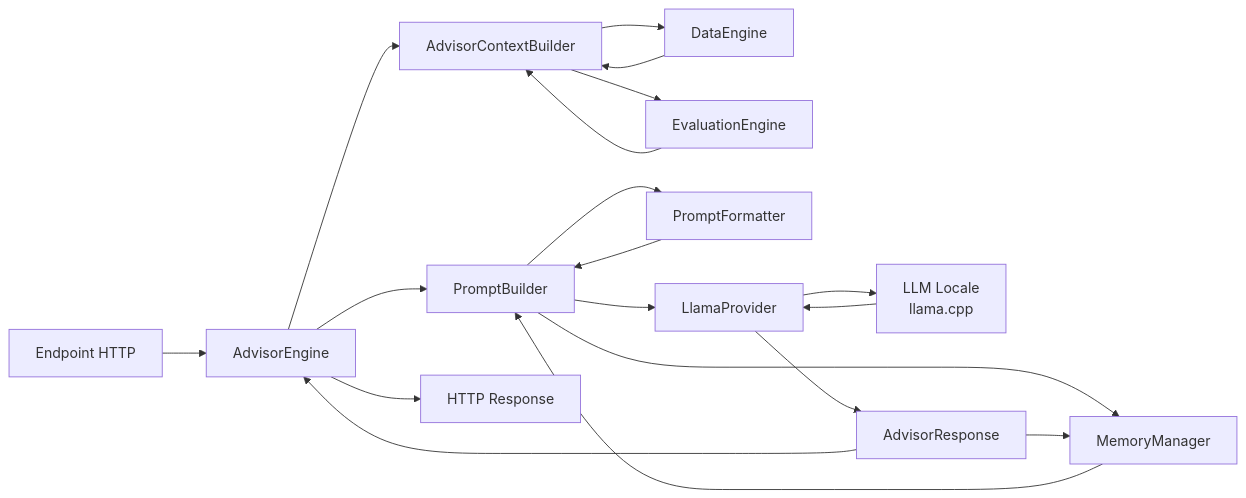
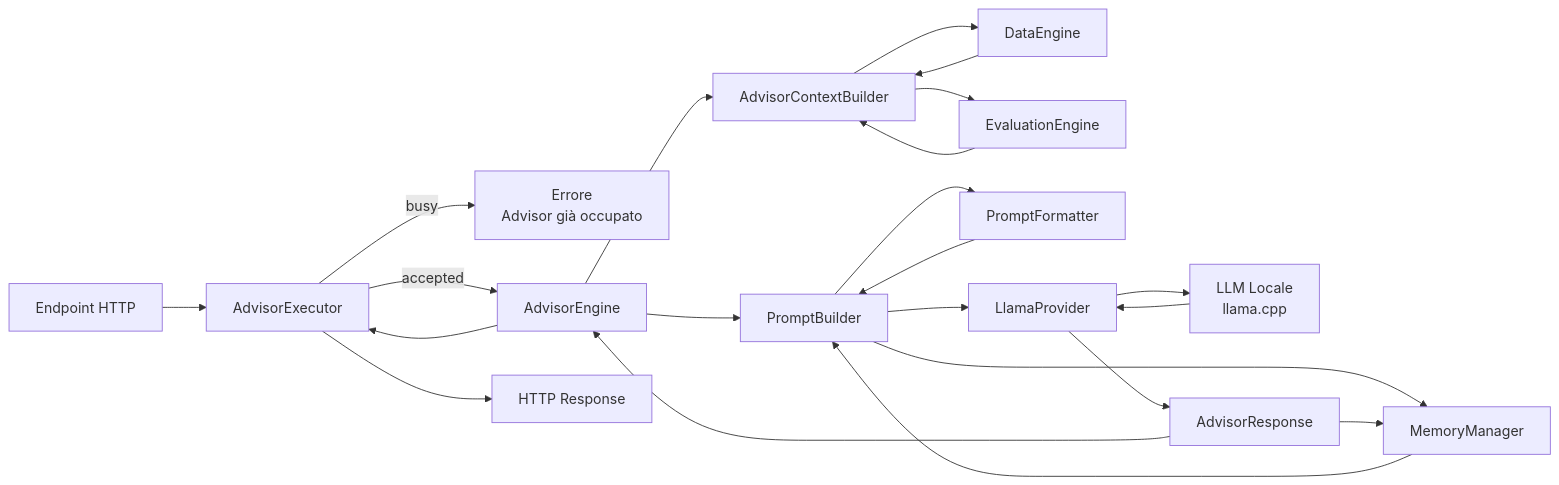
The diagram in advisor_engine/ReadMe.md (profVitolo/FinanziAI), drawn with Mermaid before and after one commit. The commit also changed other lines of this file, not shown here.

Commit message:
Introduced advisor_executor

````diff
--- a/advisor_engine/ReadMe.md
+++ b/advisor_engine/ReadMe.md
@@ -290,35 +332,47 @@
 ```mermaid
 flowchart LR
 
 A[Endpoint HTTP]
-    --> B[AdvisorEngine]
+
+--> X[AdvisorExecutor]
+
+X -->|busy| Y[Errore<br/>Advisor già occupato]
+
+X -->|accepted| B[AdvisorEngine]
 
 B --> C[AdvisorContextBuilder]
 
 C --> D[DataEngine]
+
 C --> E[EvaluationEngine]
 
 D --> C
+
 E --> C
 
 B --> F[PromptBuilder]
 
 F --> G[PromptFormatter]
+
 G --> F
 
 F --> M[MemoryManager]
+
 M --> F
 
 F --> H[LlamaProvider]
 
 H --> I[LLM Locale<br/>llama.cpp]
+
 I --> H
 
 H --> J[AdvisorResponse]
 
 J --> M
 
 J --> B
 
-B --> K[HTTP Response]
+B --> X
+
+X --> K[HTTP Response]
 ```
````
